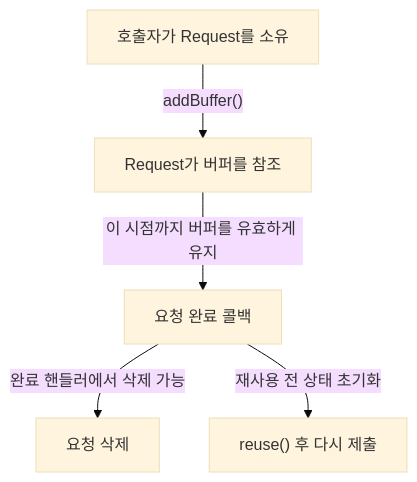
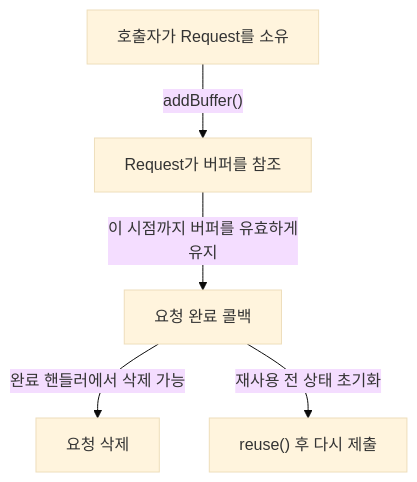
Before and after one commit to TTolsun/libcamera-sdd: the second of 3 diagrams in docs/camera-model.md, drawn with Mermaid (base theme). The commit also changed other lines of this file and 125 other files, not shown here.

````diff
--- a/docs/camera-model.md
+++ b/docs/camera-model.md
@@ -114,13 +137,13 @@
 ```mermaid
 flowchart TB
-%% sdd:translations {"Request가 버퍼를 참조": "Request references buffer", "addBuffer()": "addBuffer()", "reuse() 후 다시 제출": "Reset before requeue", "완료 핸들러에서 삭제 가능": "May delete in completion handler", "요청 삭제": "Delete request", "요청 완료 콜백": "Request completion callback", "이 시점까지 버퍼를 유효하게 유지": "Keep buffer valid until this point", "재사용 전 상태 초기화": "Reset state before reuse", "호출자가 Request를 소유": "Caller owns Request"}
+%% sdd:translations {"Request가 버퍼를 참조": "Request references buffer", "addBuffer()": "addBuffer()", "reuse() 후 다시 제출": "Reset before requeue", "완료 핸들러에서 삭제 가능": "May delete in completion <br/>handler", "요청 삭제": "Delete request", "요청 완료 콜백": "Request completion callback", "이 시점까지 버퍼를 유효하게 <br/>유지": "Keep buffer valid until <br/>this point", "재사용 전 상태 초기화": "Reset state before reuse", "호출자가 Request를 소유": "Caller owns Request"}
   v_caller["호출자가 Request를 소유"]
   v_buffer["Request가 버퍼를 참조"]
   v_callback["요청 완료 콜백"]
   v_delete["요청 삭제"]
   v_reuse["reuse() 후 다시 제출"]
   v_caller -->|"addBuffer()"| v_buffer
-  v_buffer -->|"이 시점까지 버퍼를 유효하게 유지"| v_callback
+  v_buffer -->|"이 시점까지 버퍼를 유효하게 <br/>유지"| v_callback
   v_callback -->|"완료 핸들러에서 삭제 가능"| v_delete
   v_callback -->|"재사용 전 상태 초기화"| v_reuse
 ```
````
